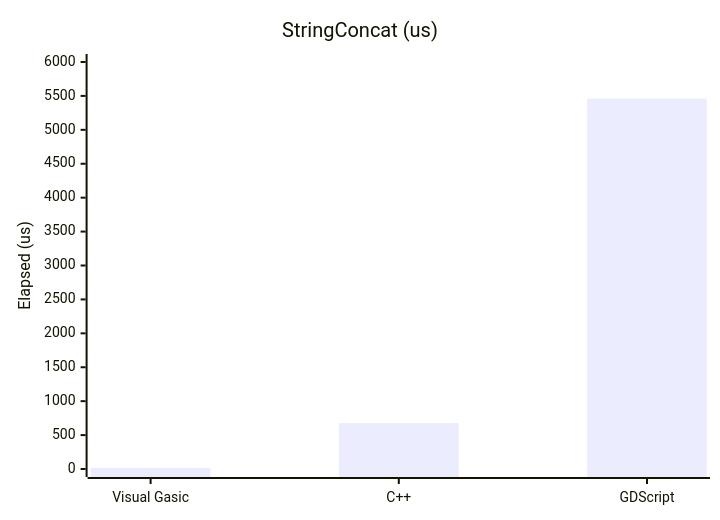
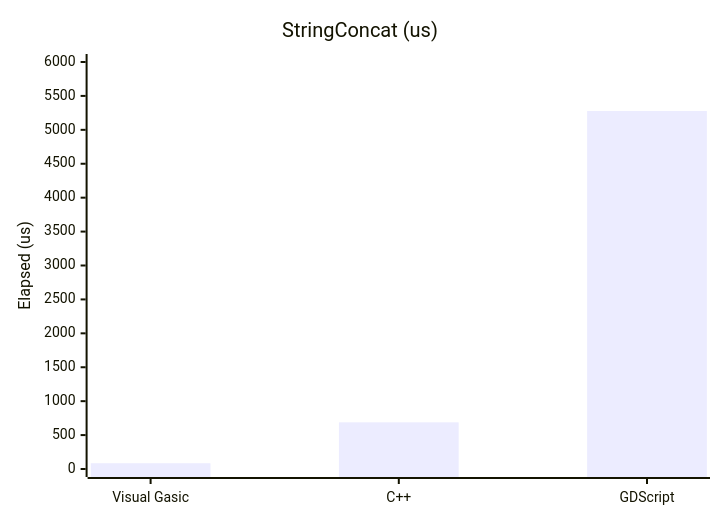
One commit to xgreenrx-star/VisualGasic changed the first of 3 diagrams in docs/ADVANCED_FEATURES_MANUAL.md. Above: the diagram before and after it, drawn with Mermaid. The commit also changed other lines of this file and 8 other files, not shown here.

````diff
--- a/docs/ADVANCED_FEATURES_MANUAL.md
+++ b/docs/ADVANCED_FEATURES_MANUAL.md
@@ -20,7 +20,7 @@
 ```mermaid
 xychart-beta
     title "StringConcat (us)"
     x-axis ["Visual Gasic","C++","GDScript"]
     y-axis "Elapsed (us)" 0 --> 6000
-    bar [19,676,5460]
+    bar [85,688,5278]
 ```
````
